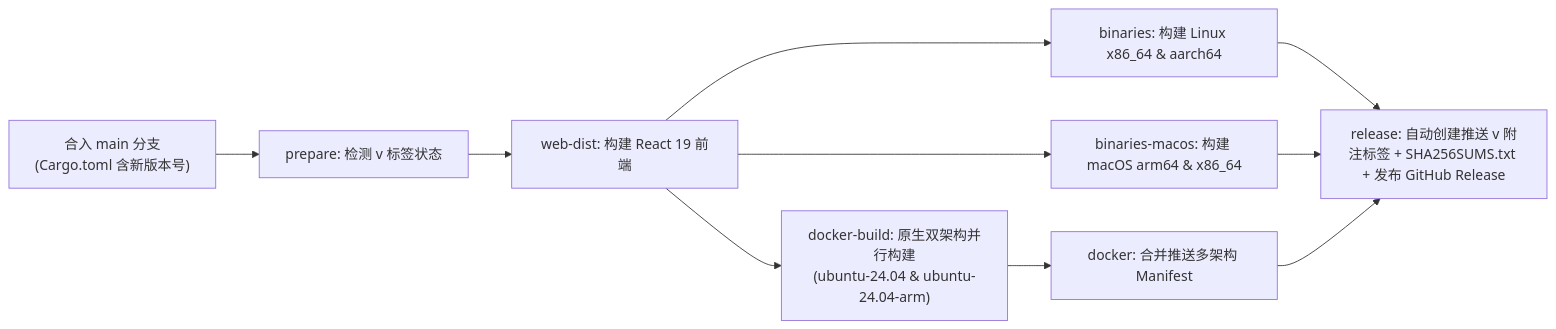
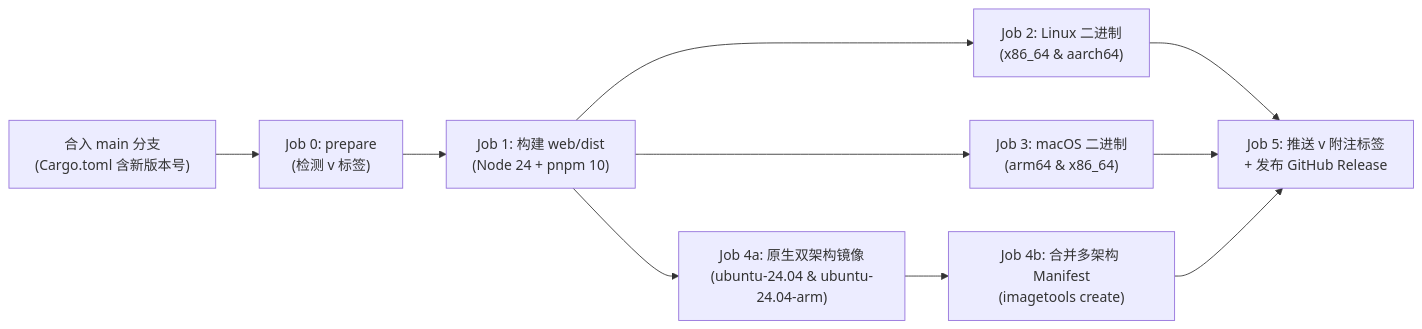
Before and after one commit to ElleryHe/FeedCourier: the diagram in docs/zh/reference/releasing.md, drawn with Mermaid. The commit also changed other lines of this file and 93 other files, not shown here.

````diff
--- a/docs/zh/reference/releasing.md
+++ b/docs/zh/reference/releasing.md
@@ -35,10 +35,12 @@
 ```mermaid
 flowchart LR
-    Merge["合入 main 分支\n(Cargo.toml 含新版本号)"] --> Prep["prepare: 检测 v<version> 标签状态"]
-    Prep --> Web["web-dist: 构建 React 19 前端"]
-    Web --> Linux["binaries: 构建 Linux x86_64 & aarch64"]
-    Web --> Mac["binaries-macos: 构建 macOS arm64 & x86_64"]
-    Web --> DockerBuild["docker-build: 原生双架构并行构建\n(ubuntu-24.04 & ubuntu-24.04-arm)"]
-    DockerBuild --> Docker["docker: 合并推送多架构 Manifest"]
-    Linux & Mac & Docker --> Rel["release: 自动创建推送 v<version> 附注标签 + SHA256SUMS.txt + 发布 GitHub Release"]
+    Merge["合入 main 分支\n(Cargo.toml 含新版本号)"] --> Prep["Job 0: prepare\n(检测 v<version> 标签)"]
+    Prep --> Web["Job 1: 构建 web/dist\n(Node 24 + pnpm 10)"]
+    Web --> Linux["Job 2: Linux 二进制\n(x86_64 & aarch64)"]
+    Web --> Mac["Job 3: macOS 二进制\n(arm64 & x86_64)"]
+    Web --> DockerBuild["Job 4a: 原生双架构镜像\n(ubuntu-24.04 & ubuntu-24.04-arm)"]
+    DockerBuild --> DockerMerge["Job 4b: 合并多架构 Manifest\n(imagetools create)"]
+    Linux --> GH["Job 5: 推送 v<version> 附注标签\n+ 发布 GitHub Release"]
+    Mac --> GH
+    DockerMerge --> GH
 ```
````
